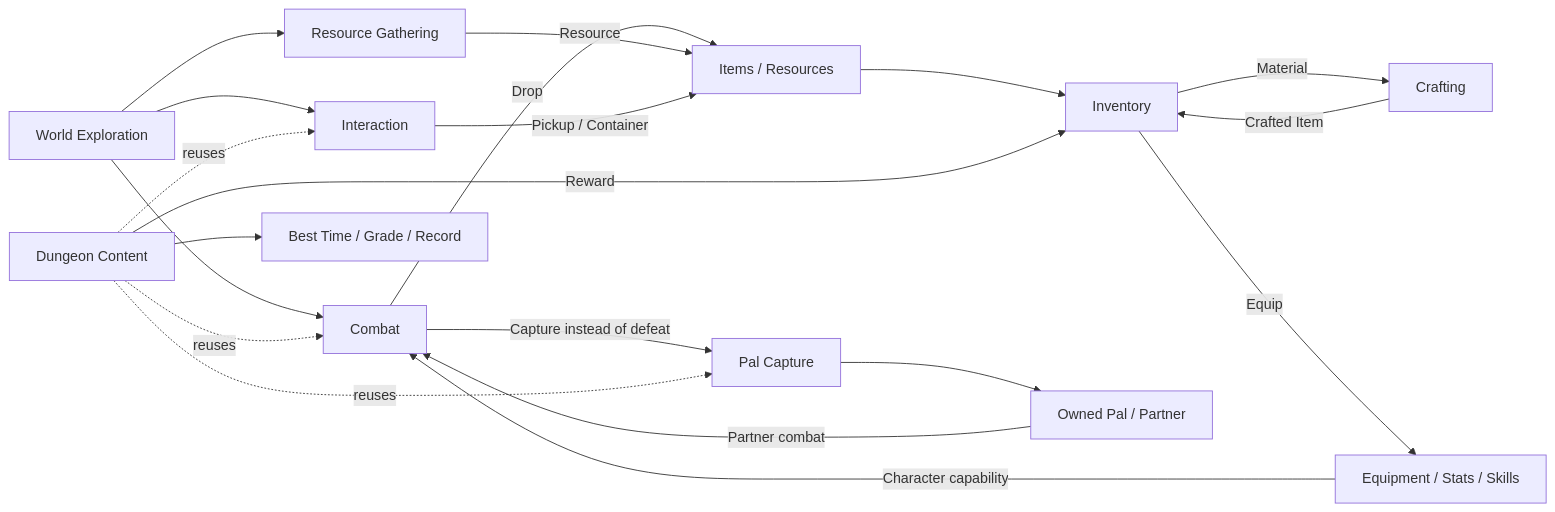
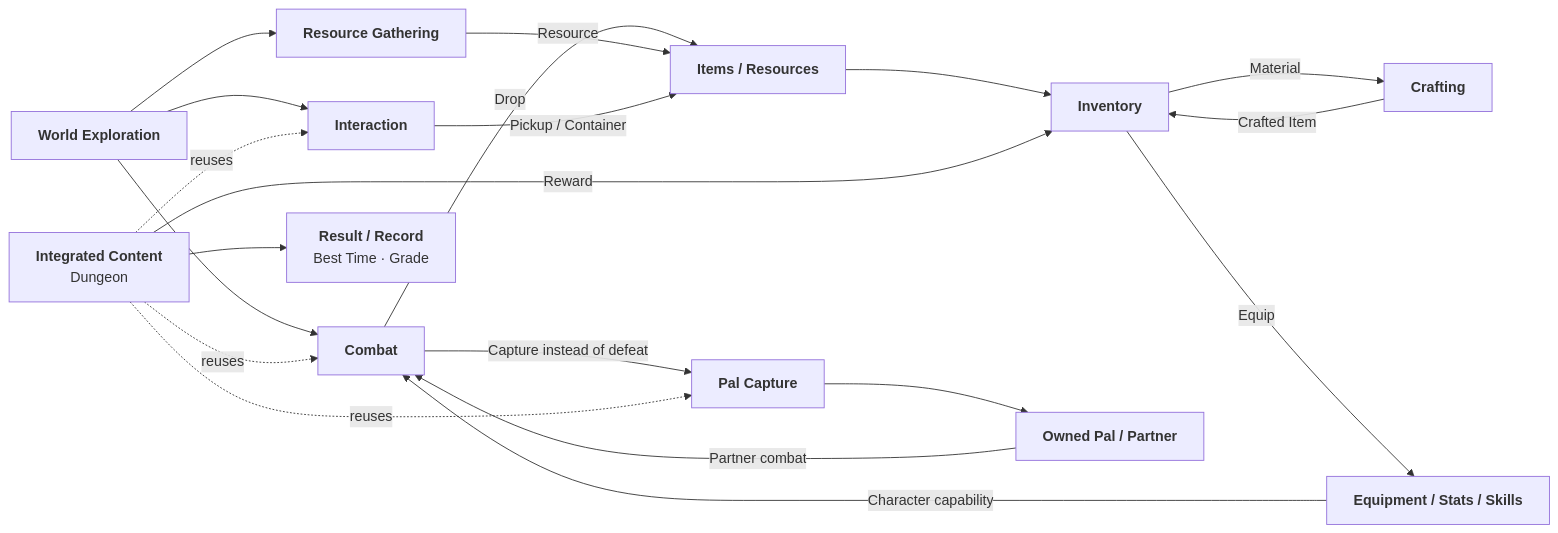
The first of 2 diagrams in Doc/Wiki/01_Project_Overview.md (chungheonLee0325/Sonheim), drawn with Mermaid before and after one commit. The commit also changed other lines of this file, not shown here.

Commit message:
docs: make project overview less dungeon-centric and clarify diagram

````diff
--- a/Doc/Wiki/01_Project_Overview.md
+++ b/Doc/Wiki/01_Project_Overview.md
@@ -13,43 +13,43 @@
 ```mermaid
 flowchart LR
-    WORLD["World Exploration"]
-    COMBAT["Combat"]
-    GATHER["Resource Gathering"]
-    INTERACT["Interaction"]
+    WORLD["<b>World Exploration</b>"]
+    COMBAT["<b>Combat</b>"]
+    GATHER["<b>Resource Gathering</b>"]
+    INTERACT["<b>Interaction</b>"]
 
-    LOOT["Items / Resources"]
-    INV["Inventory"]
-    CRAFT["Crafting"]
-    EQUIP["Equipment / Stats / Skills"]
+    LOOT["<b>Items / Resources</b>"]
+    INV["<b>Inventory</b>"]
+    CRAFT["<b>Crafting</b>"]
+    EQUIP["<b>Equipment / Stats / Skills</b>"]
 
-    CAPTURE["Pal Capture"]
-    PAL["Owned Pal / Partner"]
+    CAPTURE["<b>Pal Capture</b>"]
+    PAL["<b>Owned Pal / Partner</b>"]
 
-    DUNGEON["Dungeon Content"]
-    RECORD["Best Time / Grade / Record"]
+    DUNGEON["<b>Integrated Content</b><br/>Dungeon"]
+    RECORD["<b>Result / Record</b><br/>Best Time · Grade"]
 
     WORLD --> COMBAT
     WORLD --> GATHER
     WORLD --> INTERACT
 
     COMBAT -->|"Drop"| LOOT
     GATHER -->|"Resource"| LOOT
     INTERACT -->|"Pickup / Container"| LOOT
     LOOT --> INV
 
     INV -->|"Material"| CRAFT
     CRAFT -->|"Crafted Item"| INV
 
     INV -->|"Equip"| EQUIP
     EQUIP -->|"Character capability"| COMBAT
 
     COMBAT -->|"Capture instead of defeat"| CAPTURE
     CAPTURE --> PAL
     PAL -->|"Partner combat"| COMBAT
 
     DUNGEON -. "reuses" .-> COMBAT
     DUNGEON -. "reuses" .-> INTERACT
     DUNGEON -. "reuses" .-> CAPTURE
     DUNGEON -->|"Reward"| INV
     DUNGEON --> RECORD
 ```
````
